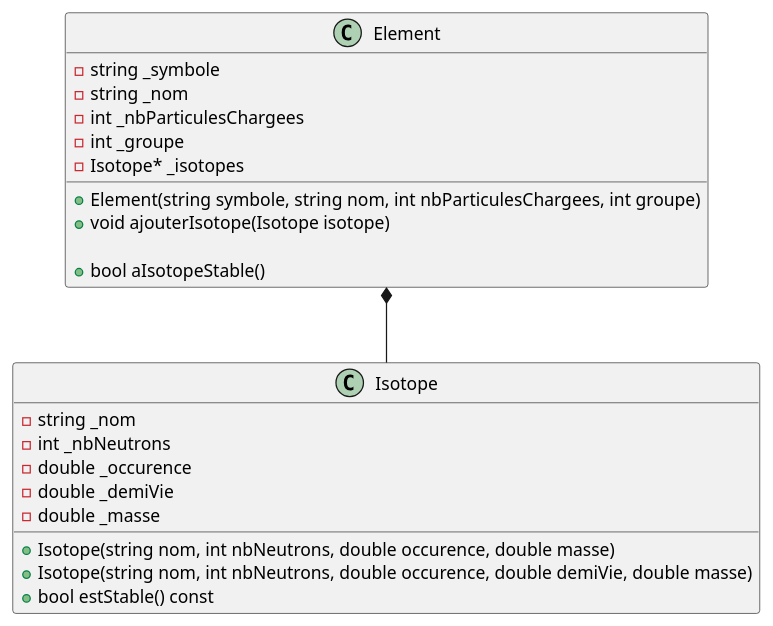
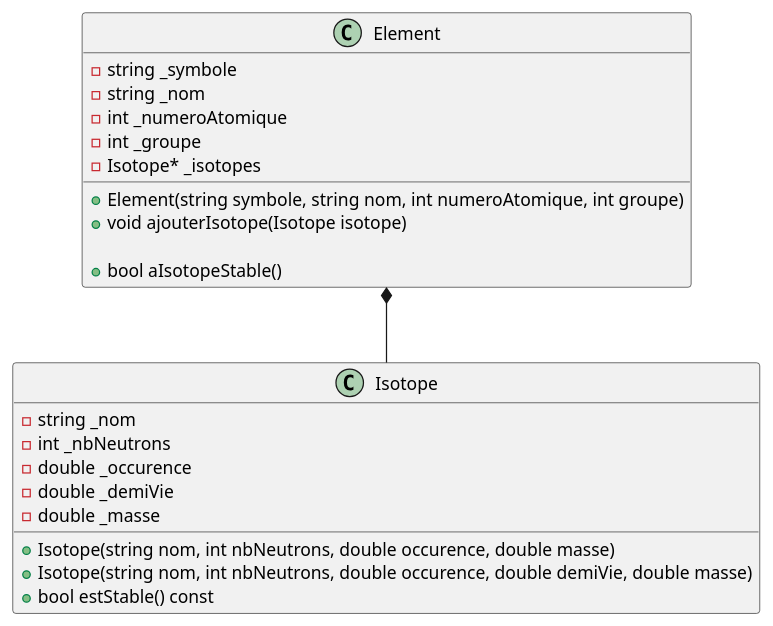
The second of 2 diagrams in laboratoires/lab03-poo2/consignes/lab03.md (plbrault/420-SF2-RE), drawn with PlantUML before and after one commit. The commit also changed 4 other files, not shown here.

````diff
--- a/laboratoires/lab03-poo2/consignes/lab03.md
+++ b/laboratoires/lab03-poo2/consignes/lab03.md
@@ -654,32 +654,32 @@
 ```plantuml
 @startuml
 
 class Element {
     - string _symbole
     - string _nom
-    - int _nbParticulesChargees
+    - int _numeroAtomique
     - int _groupe
     - Isotope* _isotopes
 
-    + Element(string symbole, string nom, int nbParticulesChargees, int groupe)
+    + Element(string symbole, string nom, int numeroAtomique, int groupe)
     + void ajouterIsotope(Isotope isotope)
 
     + bool aIsotopeStable()
 }
 
 class Isotope {
     - string _nom
     - int _nbNeutrons
     - double _occurence
     - double _demiVie
     - double _masse
 
     + Isotope(string nom, int nbNeutrons, double occurence, double masse)
     + Isotope(string nom, int nbNeutrons, double occurence, double demiVie, double masse)
     + bool estStable() const
 }
 
 Element *-- Isotope
 
 @enduml
 ```
````
